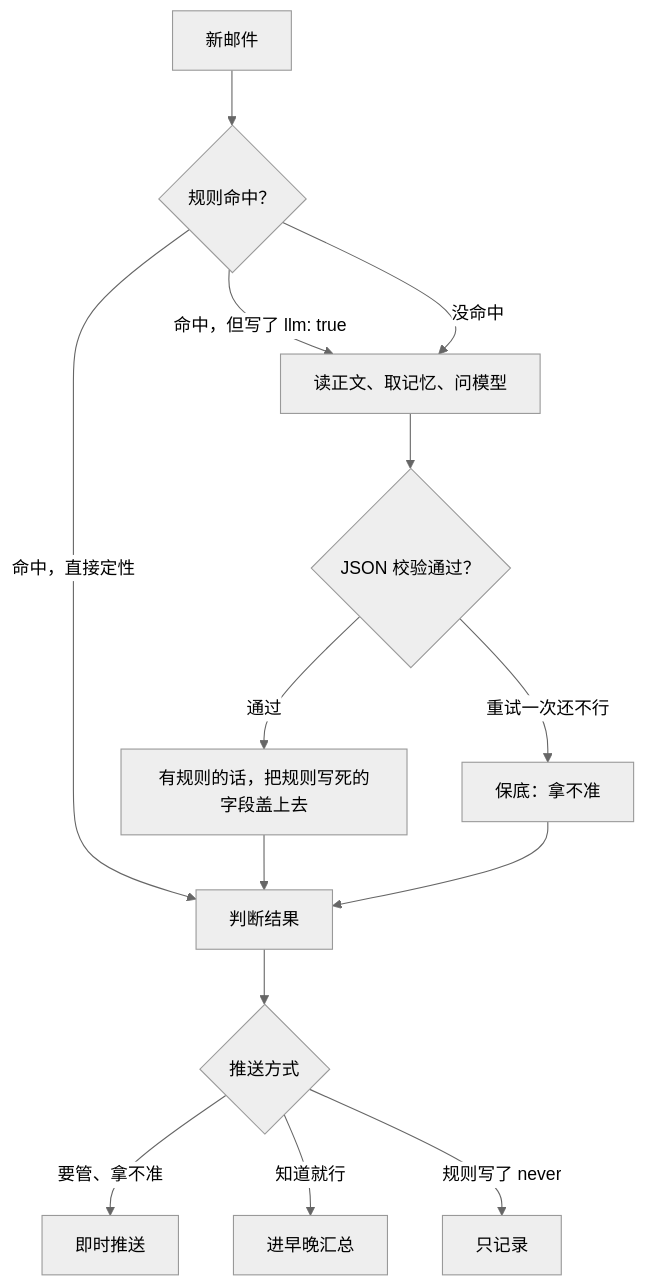
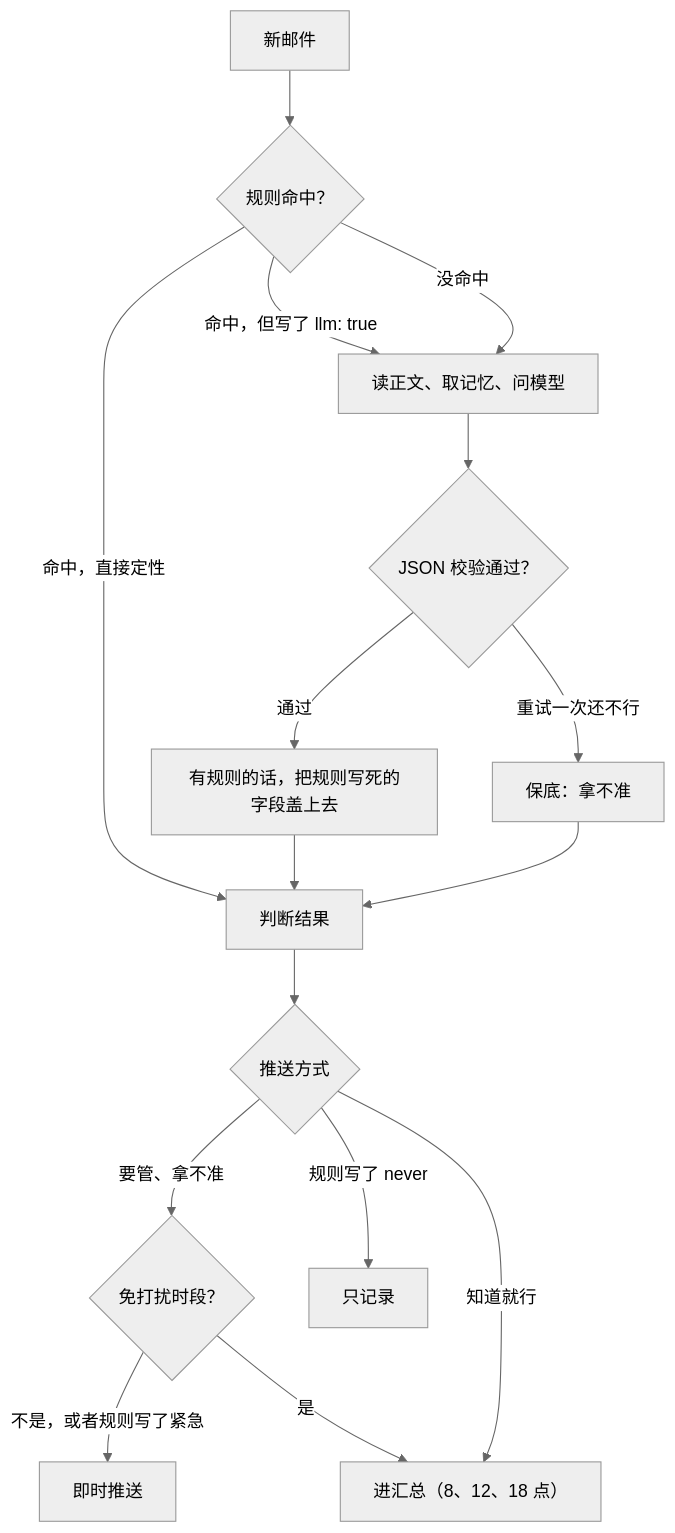
One commit to yuhang2551/thunderbird-mail-agent changed the third of 3 diagrams in monitor/docs/architecture.md. Above: the diagram before and after it, drawn with Mermaid (neutral theme). The commit also changed other lines of this file and 26 other files, not shown here.

````diff
--- a/monitor/docs/architecture.md
+++ b/monitor/docs/architecture.md
@@ -83,16 +83,18 @@
 ```mermaid
 flowchart TD
     N["新邮件"] --> R{"规则命中？"}
     R -->|"命中，直接定性"| D["判断结果"]
     R -->|"命中，但写了 llm: true"| M["读正文、取记忆、问模型"]
     R -->|"没命中"| M
     M --> V{"JSON 校验通过？"}
     V -->|"通过"| O["有规则的话，把规则写死的字段盖上去"]
     O --> D
     V -->|"重试一次还不行"| F["保底：拿不准"]
     F --> D
     D --> P{"推送方式"}
-    P -->|"要管、拿不准"| I["即时推送"]
-    P -->|"知道就行"| G["进早晚汇总"]
+    P -->|"要管、拿不准"| Q{"免打扰时段？"}
+    Q -->|"不是，或者规则写了紧急"| I["即时推送"]
+    Q -->|"是"| G
+    P -->|"知道就行"| G["进汇总（8、12、18 点）"]
     P -->|"规则写了 never"| X["只记录"]
 ```
````
